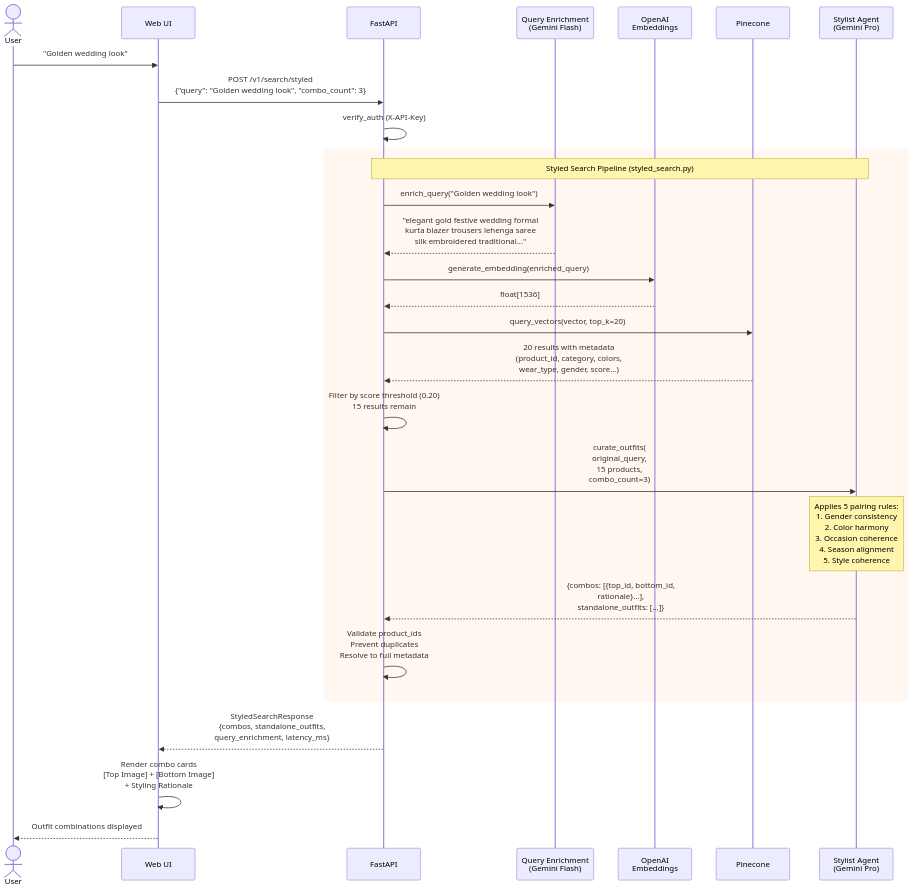
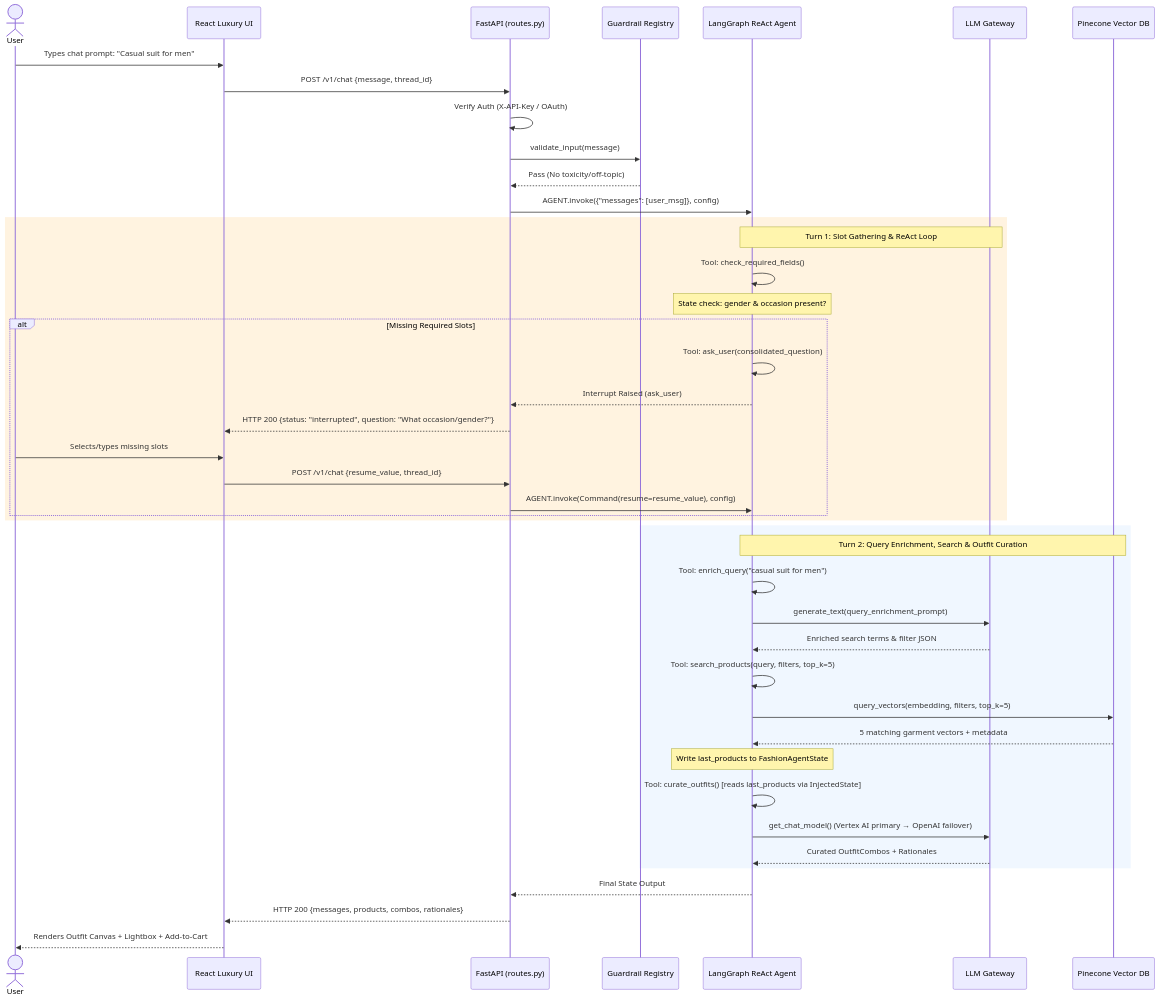
Before and after one commit to jamil225/ai-fasion-designer: the fourth of 5 diagrams in docs/diagrams.md, drawn with Mermaid. The commit also changed other lines of this file and 26 other files, not shown here.

Commit message:
docs(ui): update readme, architecture documentation, and luxury UI look

````diff
--- a/docs/diagrams.md
+++ b/docs/diagrams.md
@@ -220,43 +219,53 @@
 ```mermaid
 sequenceDiagram
     actor User
-    participant UI as Web UI
-    participant API as FastAPI
-    participant QE as Query Enrichment<br/>(Gemini Flash)
-    participant OAI as OpenAI<br/>Embeddings
-    participant PC as Pinecone
-    participant SA as Stylist Agent<br/>(Gemini Pro)
+    participant UI as React Luxury UI
+    participant API as FastAPI (routes.py)
+    participant Guard as Guardrail Registry
+    participant Agent as LangGraph ReAct Agent
+    participant Gateway as LLM Gateway
+    participant PC as Pinecone Vector DB
 
-    User->>UI: "Golden wedding look"
-    UI->>API: POST /v1/search/styled<br/>{"query": "Golden wedding look", "combo_count": 3}
-    API->>API: verify_auth (X-API-Key)
+    User->>UI: Types chat prompt: "Casual suit for men"
+    UI->>API: POST /v1/chat {message, thread_id}
+    API->>API: Verify Auth (X-API-Key / OAuth)
+    API->>Guard: validate_input(message)
+    Guard-->>API: Pass (No toxicity/off-topic)
 
-    rect rgb(255, 247, 240)
-        Note over API,SA: Styled Search Pipeline (styled_search.py)
+    API->>Agent: AGENT.invoke({"messages": [user_msg]}, config)
 
-        API->>QE: enrich_query("Golden wedding look")
-        QE-->>API: "elegant gold festive wedding formal<br/>kurta blazer trousers lehenga saree<br/>silk embroidered traditional..."
-
-        API->>OAI: generate_embedding(enriched_query)
-        OAI-->>API: float[1536]
-
-        API->>PC: query_vectors(vector, top_k=20)
-        PC-->>API: 20 results with metadata<br/>(product_id, category, colors,<br/>wear_type, gender, score...)
-
-        API->>API: Filter by score threshold (0.20)<br/>15 results remain
-
-        API->>SA: curate_outfits(<br/>original_query,<br/>15 products,<br/>combo_count=3)
-
-        Note over SA: Applies 5 pairing rules:<br/>1. Gender consistency<br/>2. Color harmony<br/>3. Occasion coherence<br/>4. Season alignment<br/>5. Style coherence
-
-        SA-->>API: {combos: [{top_id, bottom_id,<br/>rationale}...],<br/>standalone_outfits: [...]}
-
-        API->>API: Validate product_ids<br/>Prevent duplicates<br/>Resolve to full metadata
+    rect rgb(255, 243, 224)
+        Note over Agent,Gateway: Turn 1: Slot Gathering & ReAct Loop
+        Agent->>Agent: Tool: check_required_fields()
+        Note over Agent: State check: gender & occasion present?
+        
+        alt Missing Required Slots
+            Agent->>Agent: Tool: ask_user(consolidated_question)
+            Agent-->>API: Interrupt Raised (ask_user)
+            API-->>UI: HTTP 200 {status: "interrupted", question: "What occasion/gender?"}
+            User->>UI: Selects/types missing slots
+            UI->>API: POST /v1/chat {resume_value, thread_id}
+            API->>Agent: AGENT.invoke(Command(resume=resume_value), config)
+        end
     end
 
-    API-->>UI: StyledSearchResponse<br/>{combos, standalone_outfits,<br/>query_enrichment, latency_ms}
+    rect rgb(240, 247, 255)
+        Note over Agent,PC: Turn 2: Query Enrichment, Search & Outfit Curation
+        Agent->>Agent: Tool: enrich_query("casual suit for men")
+        Agent->>Gateway: generate_text(query_enrichment_prompt)
+        Gateway-->>Agent: Enriched search terms & filter JSON
 
-    UI->>UI: Render combo cards<br/>[Top Image] + [Bottom Image]<br/>+ Styling Rationale
+        Agent->>Agent: Tool: search_products(query, filters, top_k=5)
+        Agent->>PC: query_vectors(embedding, filters, top_k=5)
+        PC-->>Agent: 5 matching garment vectors + metadata
+        Note over Agent: Write last_products to FashionAgentState
 
-    UI-->>User: Outfit combinations displayed
+        Agent->>Agent: Tool: curate_outfits() [reads last_products via InjectedState]
+        Agent->>Gateway: get_chat_model() (Vertex AI primary → OpenAI failover)
+        Gateway-->>Agent: Curated OutfitCombos + Rationales
+    end
+
+    Agent-->>API: Final State Output
+    API-->>UI: HTTP 200 {messages, products, combos, rationales}
+    UI-->>User: Renders Outfit Canvas + Lightbox + Add-to-Cart
 ```
````
